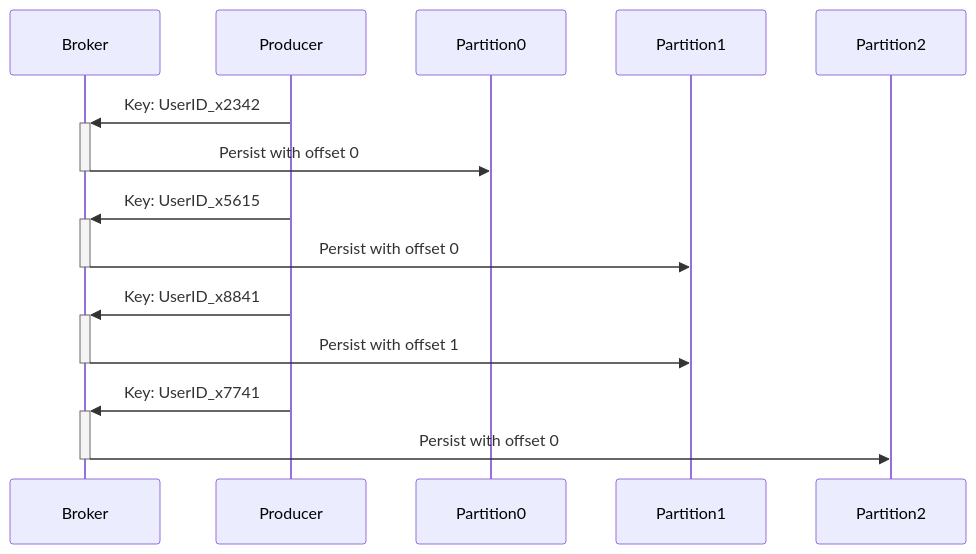
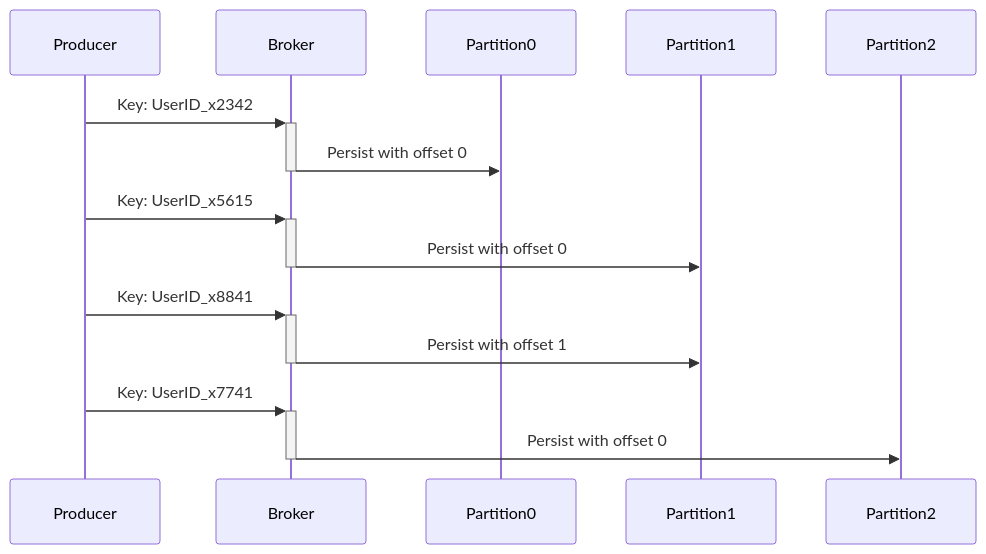
The diagram in diagrams/partition-key.mmd (joeybrown/kafka), drawn with Mermaid before and after one commit. The commit also changed other lines of this file, not shown here.

```diff
--- a/diagrams/partition-key.mmd
+++ b/diagrams/partition-key.mmd
@@ -1,15 +1,15 @@
 sequenceDiagram
+    participant P as Producer
     participant B as Broker
-    participant P as Producer
     participant P0 as Partition0
     participant P1 as Partition1
     participant P2 as Partition2
     
     P->>+B: Key: UserID_x2342
     B->>-P0: Persist with offset 0
     P->>+B: Key: UserID_x5615
     B->>-P1: Persist with offset 0
     P->>+B: Key: UserID_x8841
     B->>-P1: Persist with offset 1
     P->>+B: Key: UserID_x7741
     B->>-P2: Persist with offset 0
```
